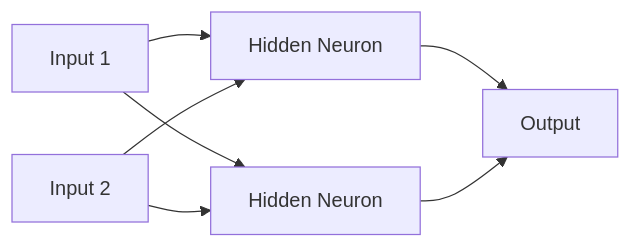
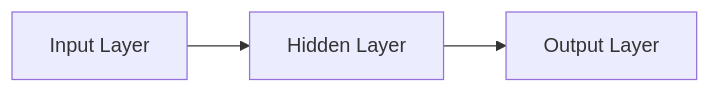
Before and after one commit to subramanyamanjegowda/AI-From-Zero-to-Production: the first of 3 diagrams in docs/01-AI-Fundamentals/05-neural-networks-and-deep-learning.md, drawn with Mermaid. The commit also changed other lines of this file and 2 other files, not shown here.

````diff
--- a/docs/01-AI-Fundamentals/05-neural-networks-and-deep-learning.md
+++ b/docs/01-AI-Fundamentals/05-neural-networks-and-deep-learning.md
@@ -15,9 +32,5 @@
 ```mermaid
 flowchart LR
-    I1[Input 1] --> H1[Hidden Neuron]
-    I2[Input 2] --> H1
-    I1 --> H2[Hidden Neuron]
-    I2 --> H2
-    H1 --> O[Output]
-    H2 --> O
+    A[Input Layer] --> B[Hidden Layer]
+    B --> C[Output Layer]
 ```
````
